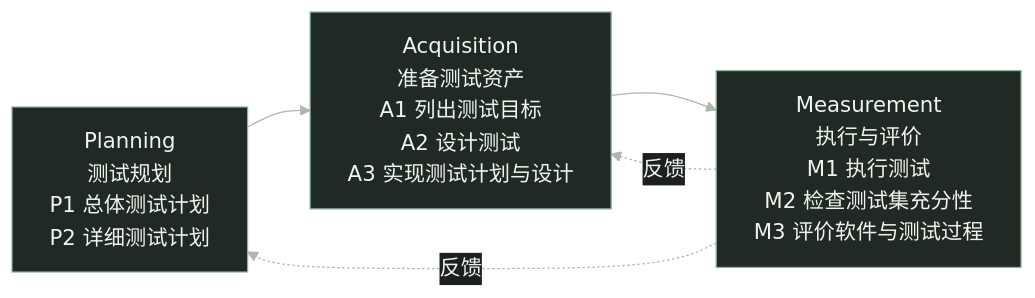
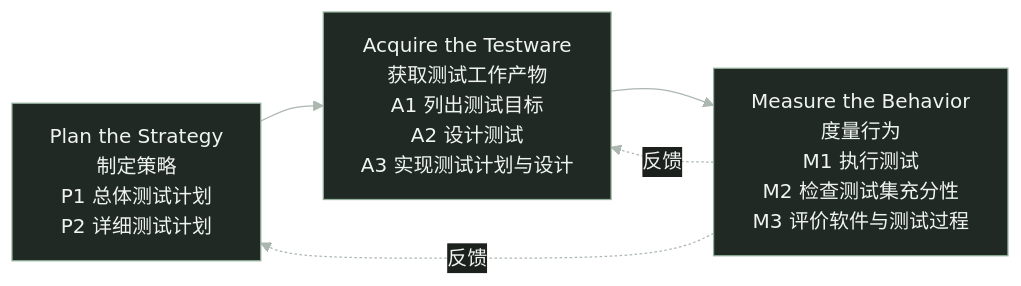
The diagram in slides.md (sin6626/slidevSTEP), drawn with Mermaid before and after one commit. The commit also changed other lines of this file and 9 other files, not shown here.

````diff
--- a/slides.md
+++ b/slides.md
@@ -155,8 +153,8 @@
 ```mermaid
-%%{init: {'theme': 'base', 'flowchart': {'wrappingWidth': 250}, 'themeVariables': {'background': 'transparent', 'fontFamily': 'Nunito Variable, ChillRoundM, sans-serif', 'fontSize': '17px', 'primaryColor': '#202923', 'primaryTextColor': '#f0f4f0', 'primaryBorderColor': '#92b09a', 'lineColor': '#acb7b0', 'edgeLabelBackground': '#1c211e'}}}%%
+%%{init: {'theme': 'base', 'flowchart': {'wrappingWidth': 250}, 'themeVariables': {'background': 'transparent', 'fontFamily': 'Nunito Variable, ChillRoundM, sans-serif', 'fontSize': '16px', 'primaryColor': '#202923', 'primaryTextColor': '#f0f4f0', 'primaryBorderColor': '#92b09a', 'lineColor': '#acb7b0', 'edgeLabelBackground': '#1c211e'}}}%%
 flowchart LR
-  P["Planning<br/>测试规划<br/>P1 总体测试计划<br/>P2 详细测试计划"] --> A["Acquisition<br/>准备测试资产<br/>A1 列出测试目标<br/>A2 设计测试<br/>A3 实现测试计划与设计"]
-  A --> M["Measurement<br/>执行与评价<br/>M1 执行测试<br/>M2 检查测试集充分性<br/>M3 评价软件与测试过程"]
+  P["Plan the Strategy<br/>制定策略<br/>P1 总体测试计划<br/>P2 详细测试计划"] --> A["Acquire the Testware<br/>获取测试工作产物<br/>A1 列出测试目标<br/>A2 设计测试<br/>A3 实现测试计划与设计"]
+  A --> M["Measure the Behavior<br/>度量行为<br/>M1 执行测试<br/>M2 检查测试集充分性<br/>M3 评价软件与测试过程"]
   M -. 反馈 .-> P
   M -. 反馈 .-> A
 ```
````
